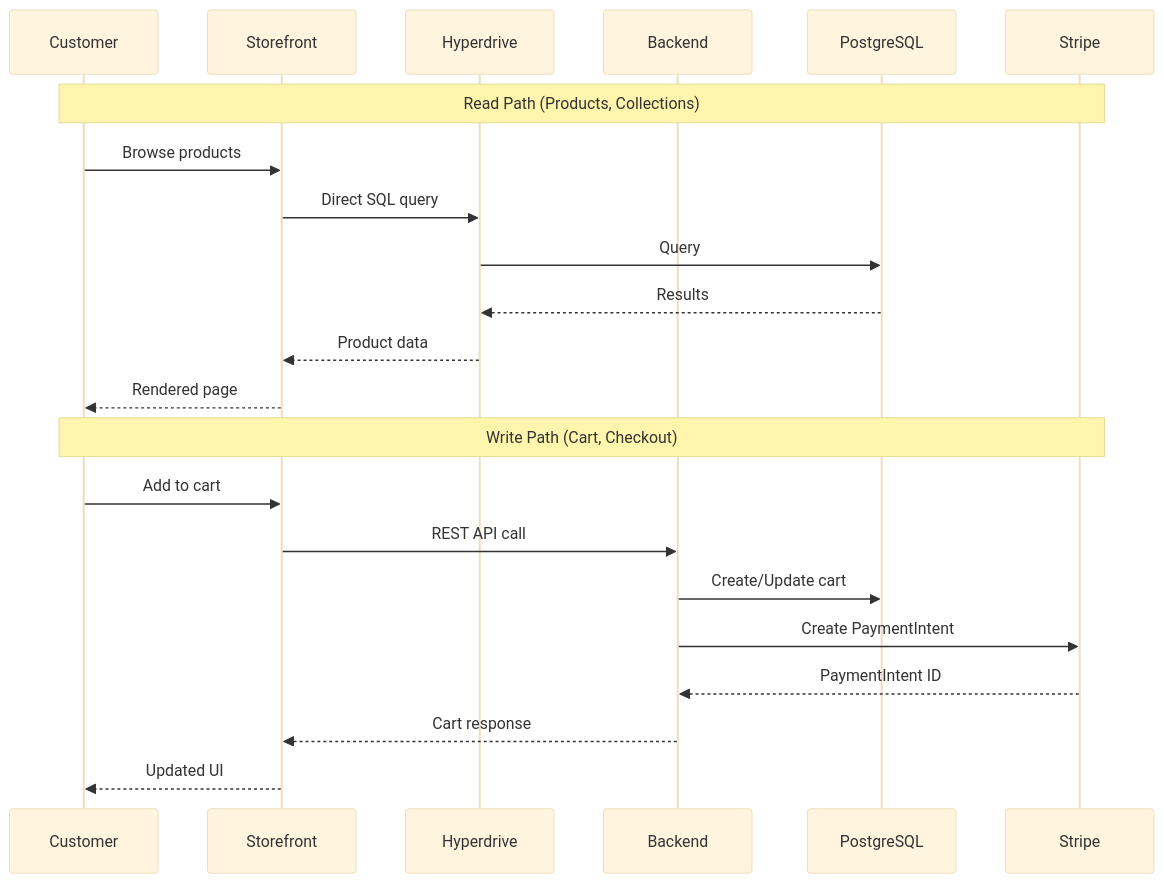
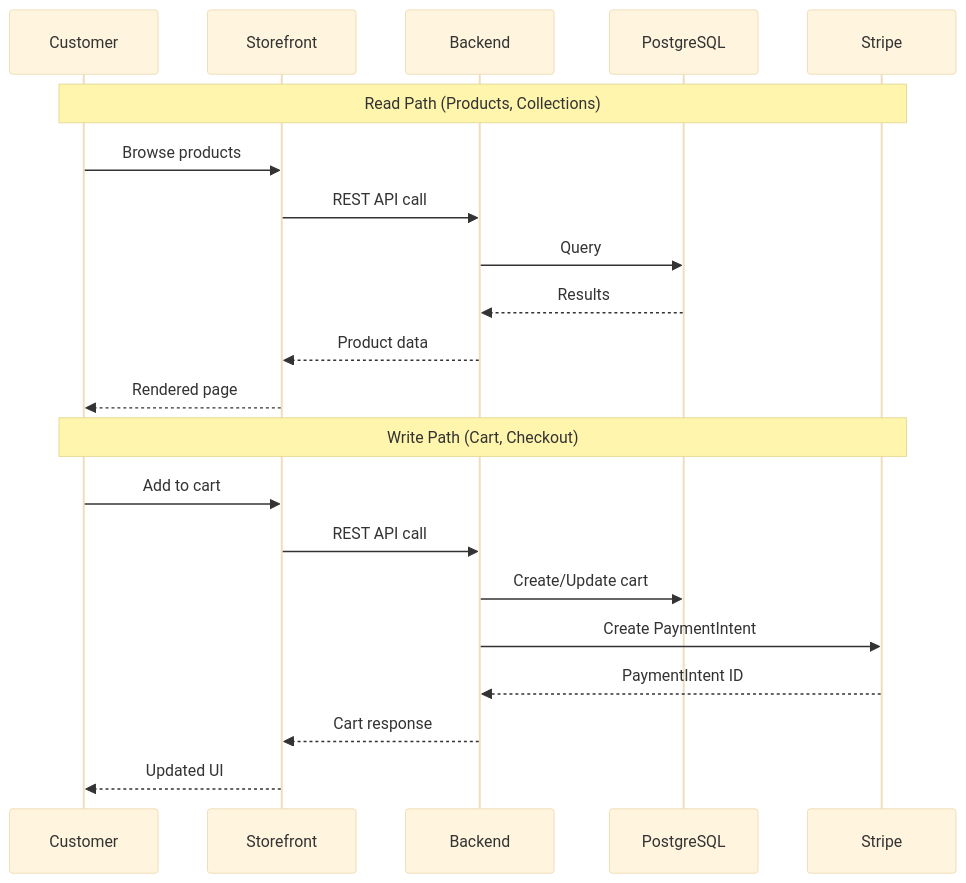
Before and after one commit to builderbuilds123/gracestowel: the second of 2 diagrams in docs/architecture/overview.md, drawn with Mermaid (base theme). The commit also changed other lines of this file and 38 other files, not shown here.

````diff
--- a/docs/architecture/overview.md
+++ b/docs/architecture/overview.md
@@ -53,26 +50,25 @@
 ```mermaid
 sequenceDiagram
     participant C as Customer
     participant SF as Storefront
-    participant HD as Hyperdrive
     participant BE as Backend
     participant DB as PostgreSQL
     participant S as Stripe
 
     Note over C,S: Read Path (Products, Collections)
     C->>SF: Browse products
-    SF->>HD: Direct SQL query
-    HD->>DB: Query
-    DB-->>HD: Results
-    HD-->>SF: Product data
+    SF->>BE: REST API call
+    BE->>DB: Query
+    DB-->>BE: Results
+    BE-->>SF: Product data
     SF-->>C: Rendered page
 
     Note over C,S: Write Path (Cart, Checkout)
     C->>SF: Add to cart
     SF->>BE: REST API call
     BE->>DB: Create/Update cart
     BE->>S: Create PaymentIntent
     S-->>BE: PaymentIntent ID
     BE-->>SF: Cart response
     SF-->>C: Updated UI
 ```
````
